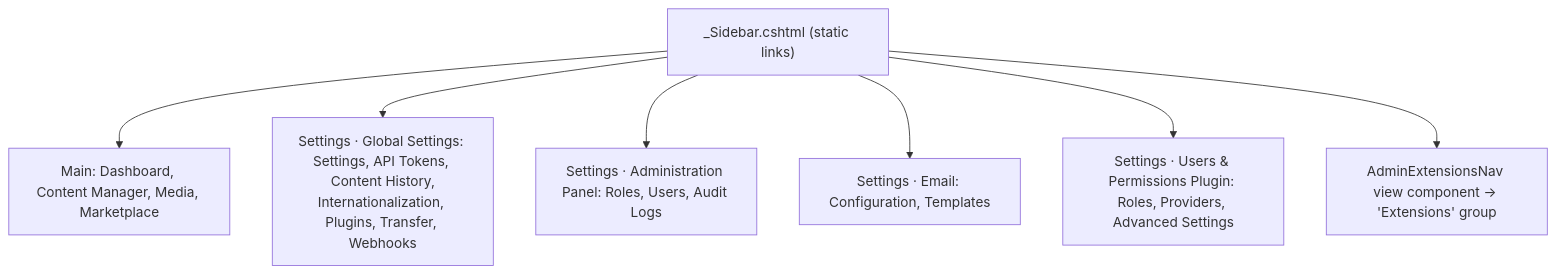
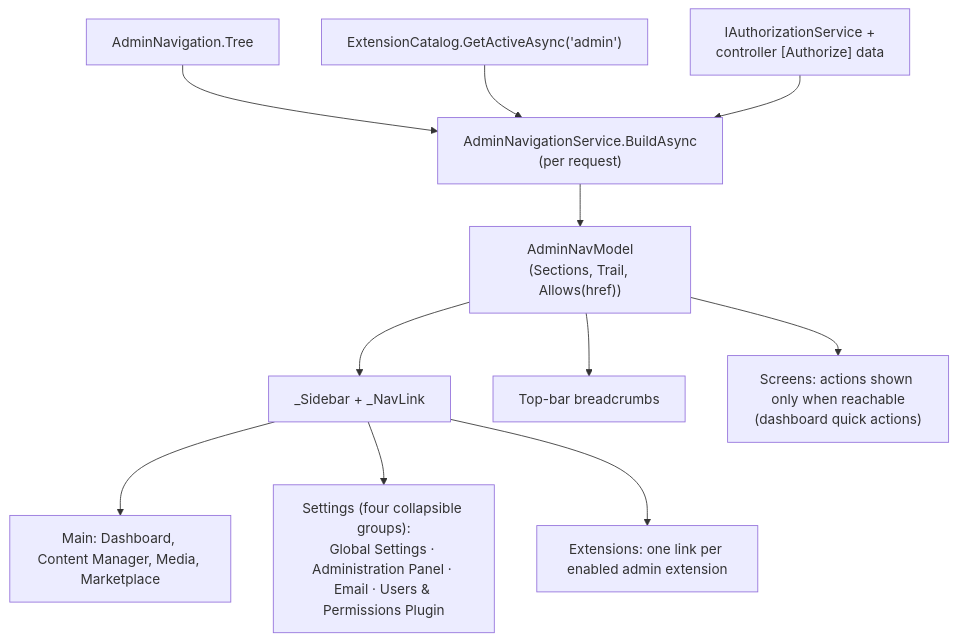
Before and after one commit to Albadit/DotNetForge: the second of 3 diagrams in .docs/architecture/pages.md, drawn with Mermaid. The commit also changed other lines of this file and 454 other files, not shown here.

````diff
--- a/.docs/architecture/pages.md
+++ b/.docs/architecture/pages.md
@@ -108,9 +131,13 @@
 ```mermaid
 flowchart TB
-    Sidebar["_Sidebar.cshtml (static links)"] --> Main["Main: Dashboard, Content Manager, Media, Marketplace"]
-    Sidebar --> Global["Settings · Global Settings: Settings, API Tokens, Content History,<br/>Internationalization, Plugins, Transfer, Webhooks"]
-    Sidebar --> AdminP["Settings · Administration Panel: Roles, Users, Audit Logs"]
-    Sidebar --> Email["Settings · Email: Configuration, Templates"]
-    Sidebar --> UP["Settings · Users & Permissions Plugin: Roles, Providers, Advanced Settings"]
-    Sidebar --> ExtNav["AdminExtensionsNav view component → 'Extensions' group"]
+    Tree["AdminNavigation.Tree"] --> Svc["AdminNavigationService.BuildAsync<br/>(per request)"]
+    Cat["ExtensionCatalog.GetActiveAsync('admin')"] --> Svc
+    Auth["IAuthorizationService +<br/>controller [Authorize] data"] --> Svc
+    Svc --> Model["AdminNavModel<br/>(Sections, Trail, Allows(href))"]
+    Model --> Sidebar["_Sidebar + _NavLink"]
+    Model --> Crumbs["Top-bar breadcrumbs"]
+    Model --> Screens["Screens: actions shown only when reachable<br/>(dashboard quick actions)"]
+    Sidebar --> Main["Main: Dashboard, Content Manager, Media, Marketplace"]
+    Sidebar --> Settings["Settings (four collapsible groups):<br/>Global Settings · Administration Panel · Email · Users & Permissions Plugin"]
+    Sidebar --> Ext["Extensions: one link per enabled admin extension"]
 ```
````
